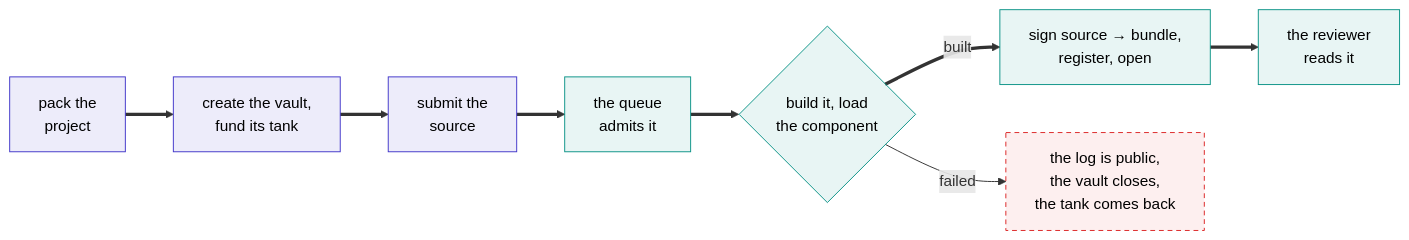
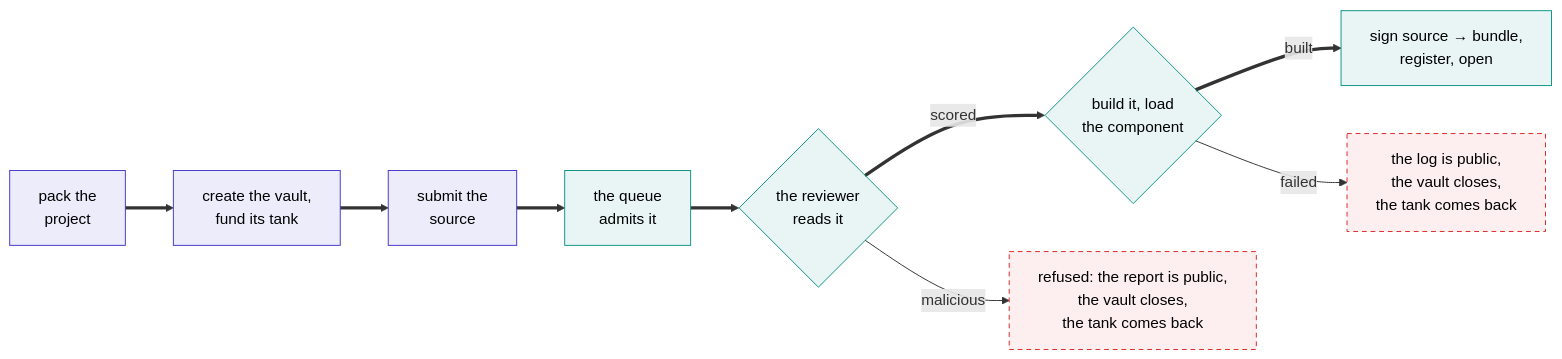
One commit to ShoninFi/shonin-platform changed the diagram in docs/content/how-it-works/publishing.md. Above: the diagram before and after it, drawn with Mermaid. The commit also changed other lines of this file and 22 other files, not shown here.

````diff
--- a/docs/content/how-it-works/publishing.md
+++ b/docs/content/how-it-works/publishing.md
@@ -5,17 +5,18 @@
 ```mermaid
 flowchart LR
     A["pack the<br/>project"] ==> B["create the vault,<br/>fund its tank"]
     B ==> C["submit the<br/>source"]
     C ==> D["the queue<br/>admits it"]
-    D ==> E{"build it, load<br/>the component"}
+    D ==> H{"the reviewer<br/>reads it"}
+    H ==>|scored| E{"build it, load<br/>the component"}
+    H -->|malicious| R["refused: the report is public,<br/>the vault closes,<br/>the tank comes back"]
     E ==>|built| F["sign source → bundle,<br/>register, open"]
     E -->|failed| G["the log is public,<br/>the vault closes,<br/>the tank comes back"]
-    F ==> H["the reviewer<br/>reads it"]
 
     classDef you fill:#4338ca18,stroke:#4338ca,color:inherit
     classDef us fill:#0d948818,stroke:#0d9488,color:inherit
     classDef bad fill:#dc262612,stroke:#dc2626,color:inherit,stroke-dasharray:5 4
     class A,B,C you
     class D,E,F,H us
-    class G bad
+    class G,R bad
 ```
````
